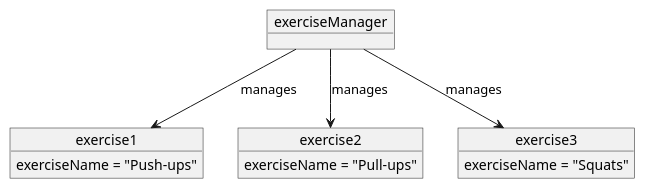
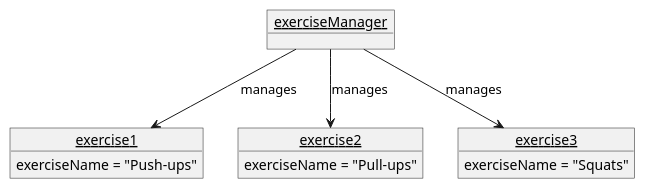
One commit to joshualeejunyi/tp changed the diagram in docs/diagrams/exercise.puml. Above: the diagram before and after it, drawn with PlantUML. The commit also changed 15 other files, not shown here.

Commit message:
Handle cascading deletions of workout logs, edit UML diagrams

```diff
--- a/docs/diagrams/exercise.puml
+++ b/docs/diagrams/exercise.puml
@@ -1,20 +1,22 @@
 @startuml
+skinparam classAttributeIconSize 0
+skinparam style strictuml
 object exerciseManager
 
 object exercise1 {
   exerciseName = "Push-ups"
 }
 
 object exercise2 {
   exerciseName = "Pull-ups"
 }
 
 object exercise3 {
   exerciseName = "Squats"
 }
 
 exerciseManager --> exercise1 : manages
 exerciseManager --> exercise2 : manages
 exerciseManager --> exercise3 : manages
 
 @enduml
```
